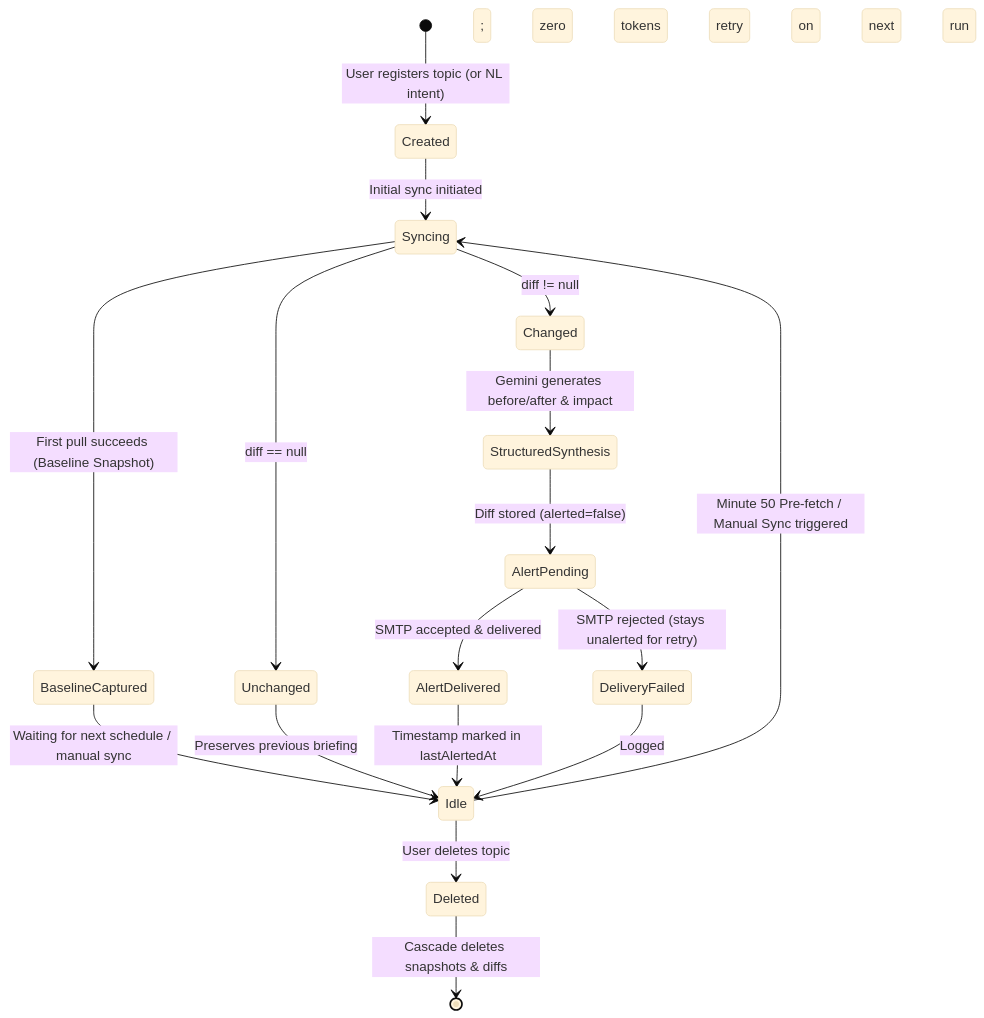
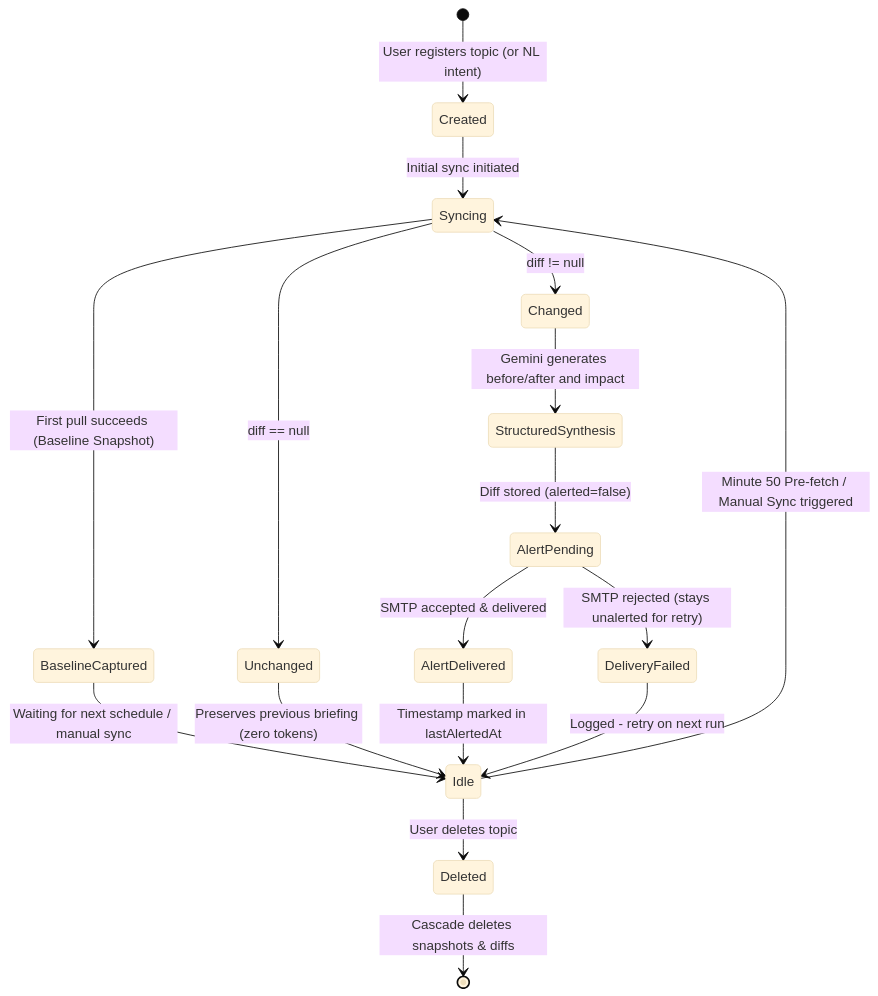
One commit to Prathvikmehra/Notice_Me changed the third of 5 diagrams in docs/architecture.md. Above: the diagram before and after it, drawn with Mermaid (base theme). The commit also changed other lines of this file, not shown here.

Commit message:
fix(docs): resolve Mermaid syntax parsing errors in architecture diagrams

````diff
--- a/docs/architecture.md
+++ b/docs/architecture.md
@@ -110,26 +110,26 @@
 ```mermaid
 stateDiagram-v2
     [*] --> Created: User registers topic (or NL intent)
     
     Created --> Syncing: Initial sync initiated
     Syncing --> BaselineCaptured: First pull succeeds (Baseline Snapshot)
     
     BaselineCaptured --> Idle: Waiting for next schedule / manual sync
     Idle --> Syncing: Minute 50 Pre-fetch / Manual Sync triggered
     
     Syncing --> Unchanged: diff == null
-    Unchanged --> Idle: Preserves previous briefing; zero tokens
+    Unchanged --> Idle: Preserves previous briefing (zero tokens)
     
     Syncing --> Changed: diff != null
-    Changed --> StructuredSynthesis: Gemini generates before/after & impact
+    Changed --> StructuredSynthesis: Gemini generates before/after and impact
     StructuredSynthesis --> AlertPending: Diff stored (alerted=false)
     
     AlertPending --> AlertDelivered: SMTP accepted & delivered
     AlertPending --> DeliveryFailed: SMTP rejected (stays unalerted for retry)
     
     AlertDelivered --> Idle: Timestamp marked in lastAlertedAt
-    DeliveryFailed --> Idle: Logged; retry on next run
+    DeliveryFailed --> Idle: Logged - retry on next run
     
     Idle --> Deleted: User deletes topic
     Deleted --> [*]: Cascade deletes snapshots & diffs
 ```
````
